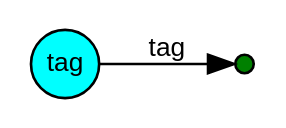
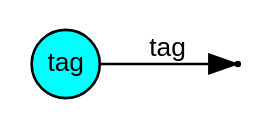
Before and after one commit to WZhaoKe/aegpwb: the diagram in doc/figures/src/CavityEMT.dot, drawn with Graphviz. The commit also changed 22 other files, not shown here.

```diff
--- a/doc/figures/src/CavityEMT.dot
+++ b/doc/figures/src/CavityEMT.dot
@@ -1,10 +1,10 @@
 digraph pwb_model {
 	rankdir=LR;
 	size="8,5"
 	node [ shape = circle , fontname = "Helvetica" , fontsize = 10 , height = 0.1 , width = 0.1 , margin = 0.01 ,  style=filled ];
 	edge [ fontname = "Helvetica" , forcelabels= true , fontsize = 10 ];
 	"tag" [ shape=circle fillcolor=cyan ];
-        "REF1" [shape=circle , label ="", width=0.1 , height=0.1, regular=1, style=filled , fillcolor=green ];
+        "REF1" [shape=point , label ="", width=0.02 , height=0.02, regular=1, style=filled , fillcolor=black ];
         tag -> REF1 [ label = "tag" , arrowhead = "normal" ];
 
 }
```
